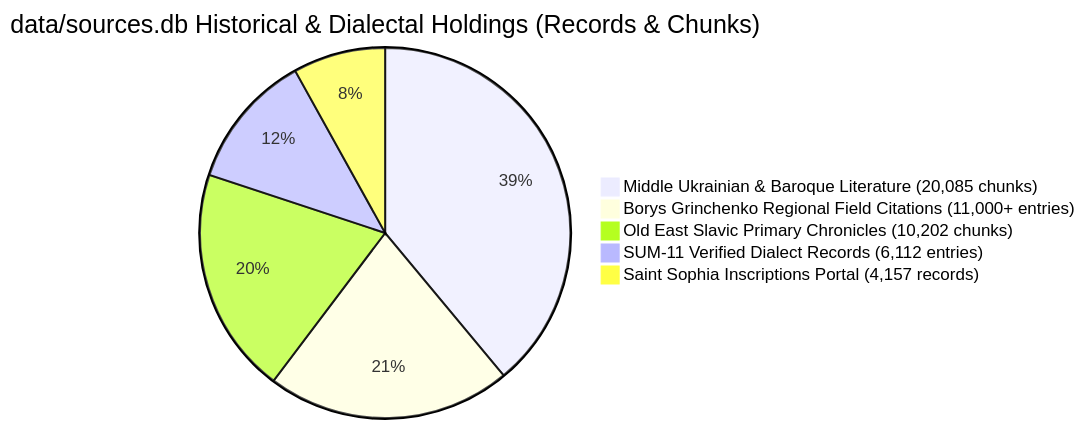
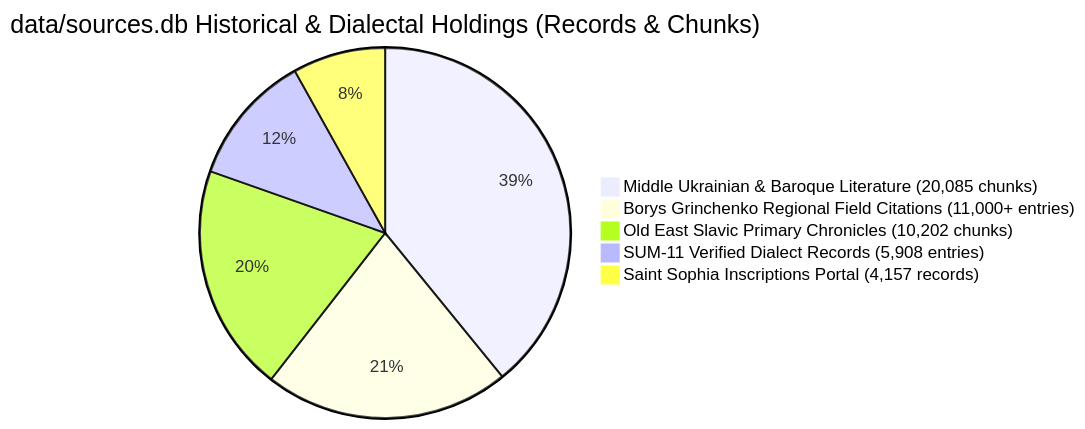
One commit to learn-ukrainian/learn-ukrainian.github.io changed the first of 2 diagrams in docs/research/UKRAINIAN_HISTORICAL_DIGLOSSIA_AND_CHURCH_SLAVONIC_MODEL.md. Above: the diagram before and after it, drawn with Mermaid. The commit also changed other lines of this file and 2 other files, not shown here.

````diff
--- a/docs/research/UKRAINIAN_HISTORICAL_DIGLOSSIA_AND_CHURCH_SLAVONIC_MODEL.md
+++ b/docs/research/UKRAINIAN_HISTORICAL_DIGLOSSIA_AND_CHURCH_SLAVONIC_MODEL.md
@@ -74,8 +74,8 @@
 ```mermaid
 pie title data/sources.db Historical & Dialectal Holdings (Records & Chunks)
     "Middle Ukrainian & Baroque Literature (20,085 chunks)" : 20085
     "Borys Grinchenko Regional Field Citations (11,000+ entries)" : 11000
     "Old East Slavic Primary Chronicles (10,202 chunks)" : 10202
-    "SUM-11 Verified Dialect Records (6,112 entries)" : 6112
+    "SUM-11 Verified Dialect Records (5,908 entries)" : 5908
     "Saint Sophia Inscriptions Portal (4,157 records)" : 4157
 ```
````
